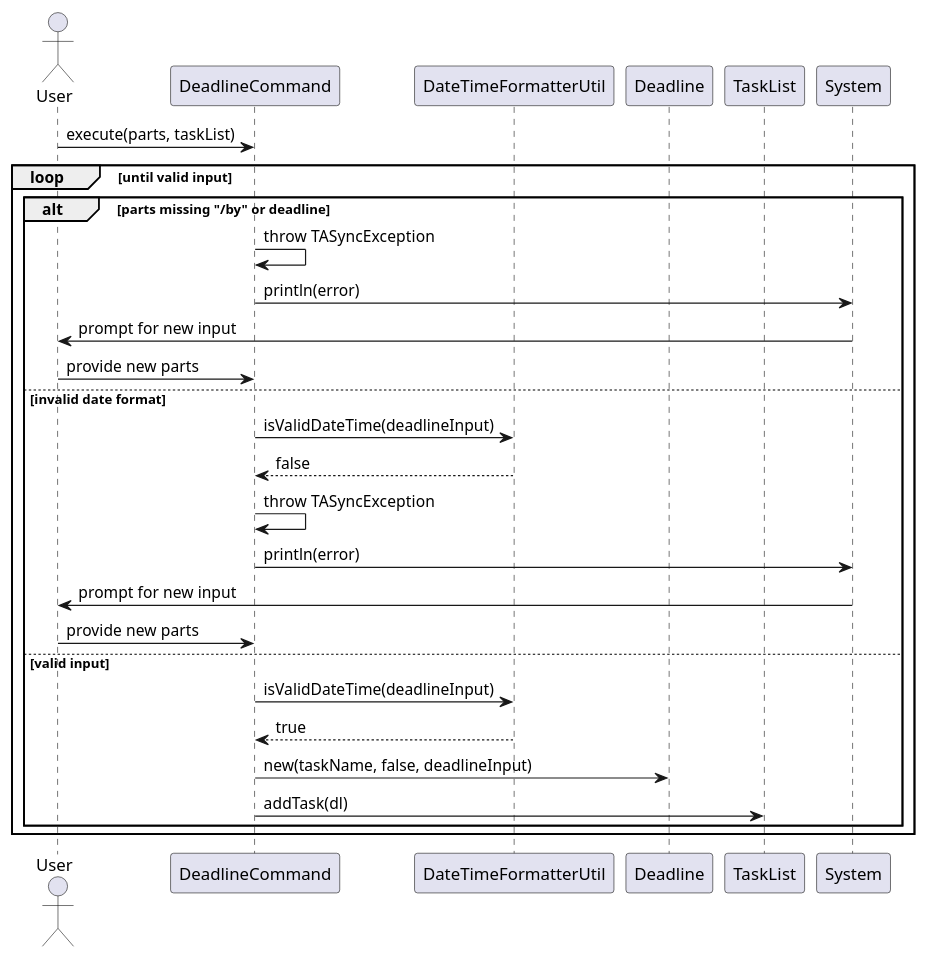
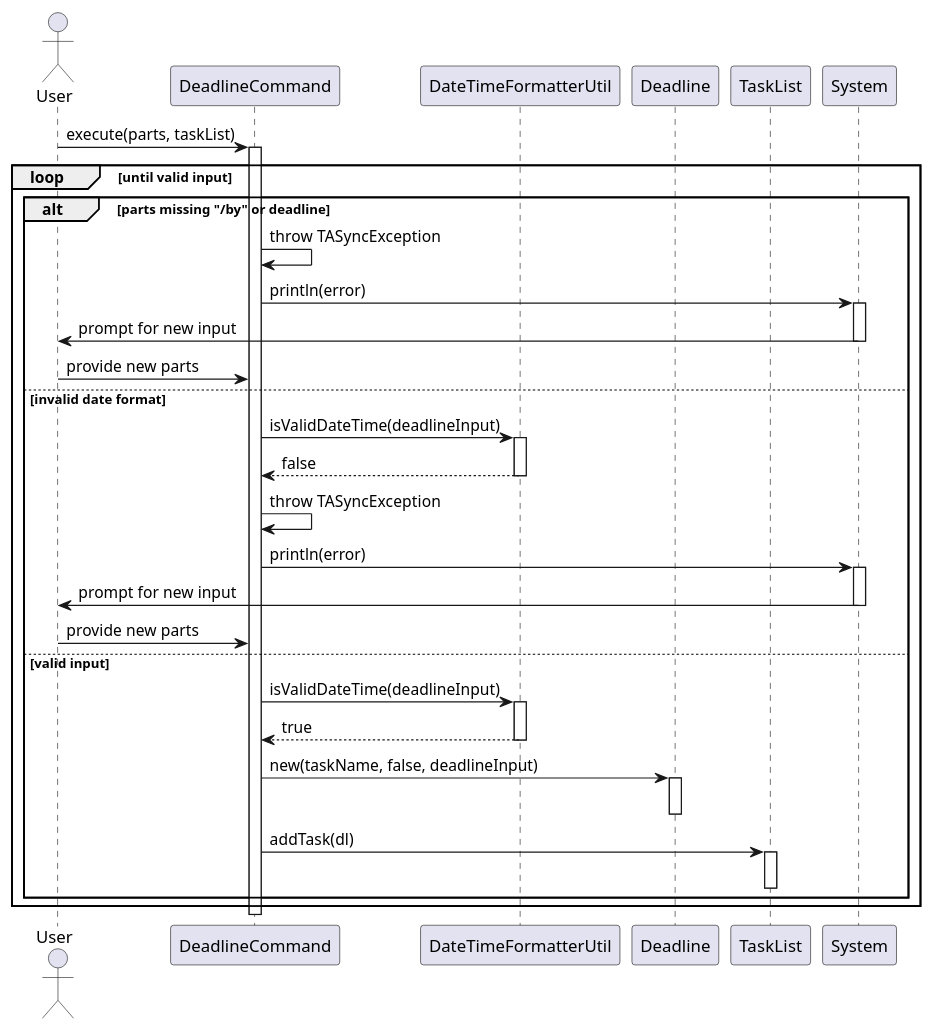
One commit to wongyihao02/tp changed the diagram in docs/diagrams/tasklistcommands/DeadlineCommandSequenceDiagram.puml. Above: the diagram before and after it, drawn with PlantUML. The commit also changed 19 other files, not shown here.

Commit message:
Add activation bar for task command sequence diagrams

```diff
--- a/docs/diagrams/tasklistcommands/DeadlineCommandSequenceDiagram.puml
+++ b/docs/diagrams/tasklistcommands/DeadlineCommandSequenceDiagram.puml
@@ -1,35 +1,52 @@
 @startuml
 'https://plantuml.com/sequence-diagram
 
 actor User
 
 participant "DeadlineCommand" as DeadlineCmd
 participant "DateTimeFormatterUtil" as Formatter
 participant "Deadline" as Deadline
 participant "TaskList" as TaskList
 participant "System" as Console
 
 User -> DeadlineCmd : execute(parts, taskList)
+activate DeadlineCmd
 
 loop until valid input
     alt parts missing "/by" or deadline
         DeadlineCmd -> DeadlineCmd : throw TASyncException
         DeadlineCmd -> Console : println(error)
+        activate Console
         Console -> User : prompt for new input
+        deactivate Console
         User -> DeadlineCmd : provide new parts
     else invalid date format
         DeadlineCmd -> Formatter : isValidDateTime(deadlineInput)
+        activate Formatter
         Formatter --> DeadlineCmd : false
+        deactivate Formatter
+
         DeadlineCmd -> DeadlineCmd : throw TASyncException
         DeadlineCmd -> Console : println(error)
+        activate Console
         Console -> User : prompt for new input
+        deactivate Console
         User -> DeadlineCmd : provide new parts
     else valid input
         DeadlineCmd -> Formatter : isValidDateTime(deadlineInput)
+        activate Formatter
         Formatter --> DeadlineCmd : true
+        deactivate Formatter
+
         DeadlineCmd -> Deadline : new(taskName, false, deadlineInput)
+        activate Deadline
+        deactivate Deadline
+
         DeadlineCmd -> TaskList : addTask(dl)
+        activate TaskList
+        deactivate TaskList
     end
 end
 
+deactivate DeadlineCmd
 @enduml
```
